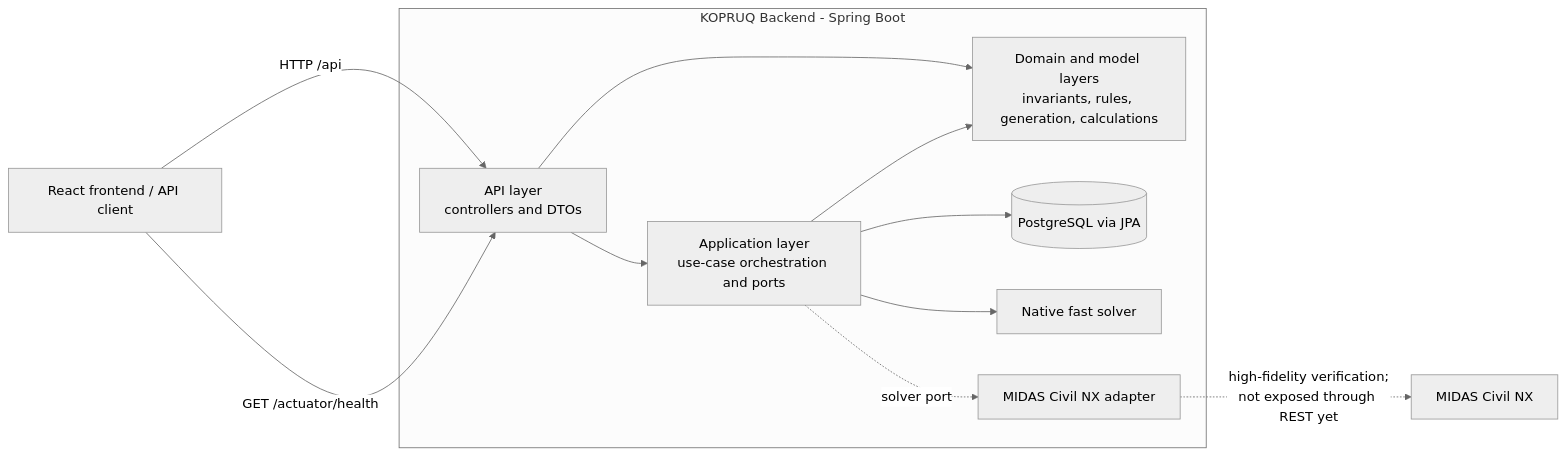
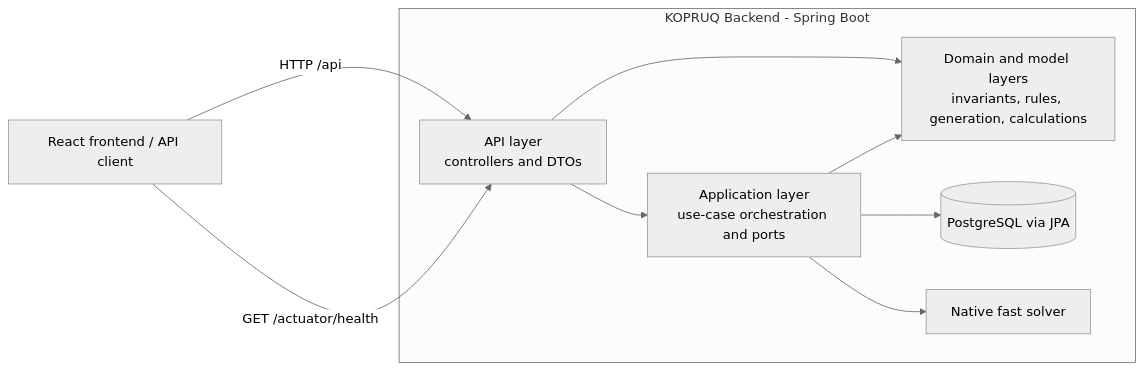
The first of 4 diagrams in backend/README.md (zharput/KOPRUQ), drawn with Mermaid (neutral theme) before and after one commit. The commit also changed other lines of this file and 50 other files, not shown here.

````diff
--- a/backend/README.md
+++ b/backend/README.md
@@ -30,24 +30,21 @@
 ```mermaid
 flowchart LR
     Client[React frontend / API client]
 
     subgraph Backend[KOPRUQ Backend - Spring Boot]
         API[API layer<br/>controllers and DTOs]
         APP[Application layer<br/>use-case orchestration and ports]
         DOMAIN[Domain and model layers<br/>invariants, rules, generation, calculations]
         MEMORY[(PostgreSQL via JPA)]
         NATIVE[Native fast solver]
-        MIDAS[MIDAS Civil NX adapter]
 
         API --> APP
         API --> DOMAIN
         APP --> DOMAIN
         APP --> MEMORY
         APP --> NATIVE
-        APP -. solver port .-> MIDAS
     end
 
     Client -->|HTTP /api| API
     Client -->|GET /actuator/health| API
-    MIDAS -. high-fidelity verification;<br/>not exposed through REST yet .-> MidasNx[MIDAS Civil NX]
 ```
````
